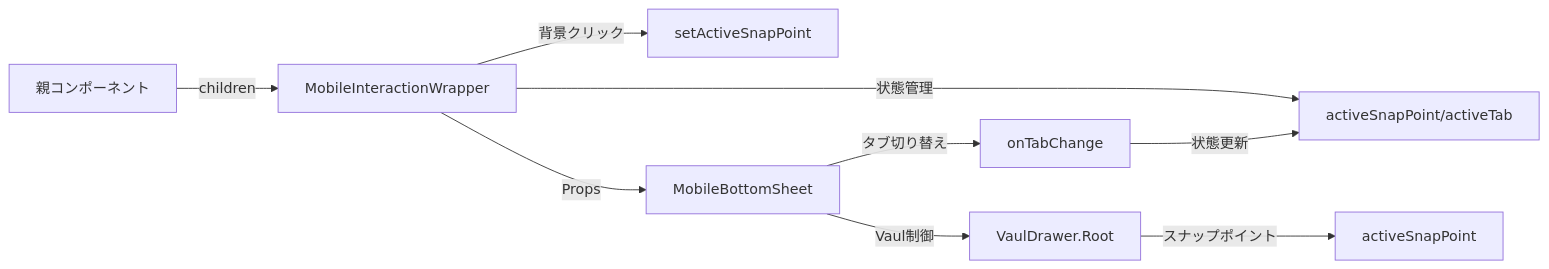
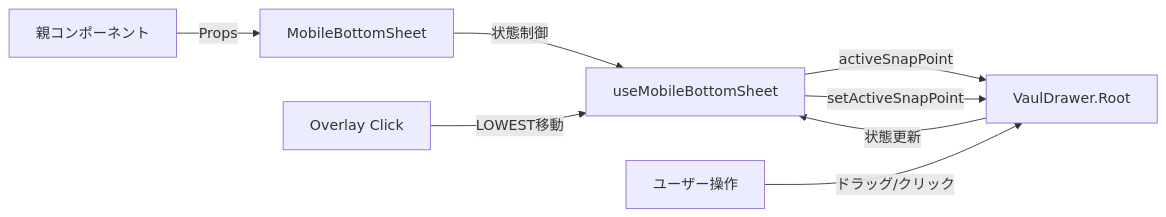
The second of 2 diagrams in src/components/layouts/MobileBottomSheet/README.md (endo-ava/music-theory-app), drawn with Mermaid before and after one commit. The commit also changed other lines of this file and 4 other files, not shown here.

````diff
--- a/src/components/layouts/MobileBottomSheet/README.md
+++ b/src/components/layouts/MobileBottomSheet/README.md
@@ -67,11 +61,10 @@
 ```mermaid
 flowchart LR
-    A[親コンポーネント] -->|children| B[MobileInteractionWrapper]
-    B -->|状態管理| C[activeSnapPoint/activeTab]
-    B -->|背景クリック| D[setActiveSnapPoint]
-    B -->|Props| E[MobileBottomSheet]
-    E -->|Vaul制御| F[VaulDrawer.Root]
-    E -->|タブ切り替え| G[onTabChange]
-    F -->|スナップポイント| H[activeSnapPoint]
-    G -->|状態更新| C
+    A[親コンポーネント] -->|Props| B[MobileBottomSheet]
+    B -->|状態制御| C[useMobileBottomSheet]
+    C -->|activeSnapPoint| D[VaulDrawer.Root]
+    C -->|setActiveSnapPoint| D
+    E[ユーザー操作] -->|ドラッグ/クリック| D
+    D -->|状態更新| C
+    F[Overlay Click] -->|LOWEST移動| C
 ```
````
